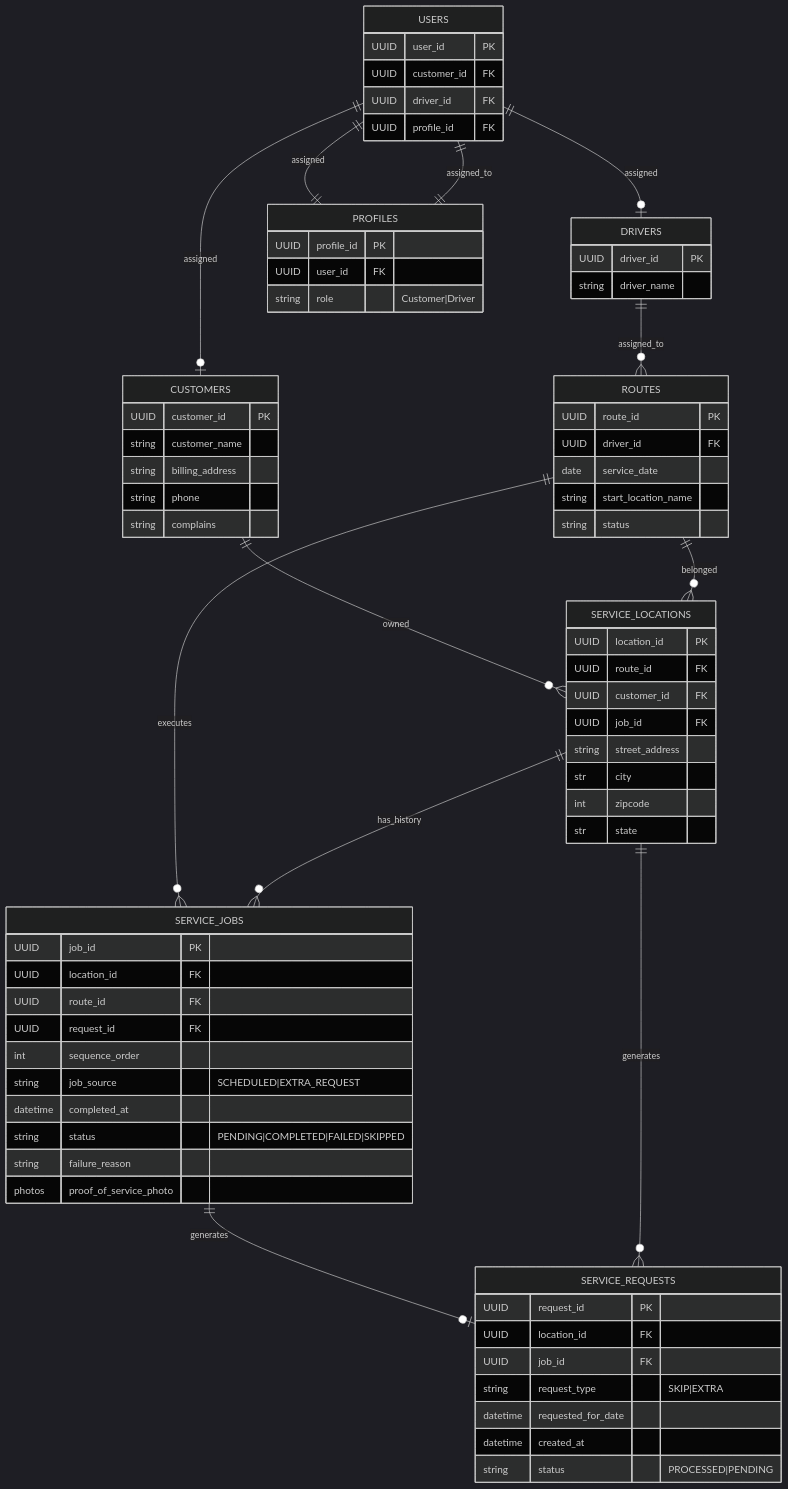
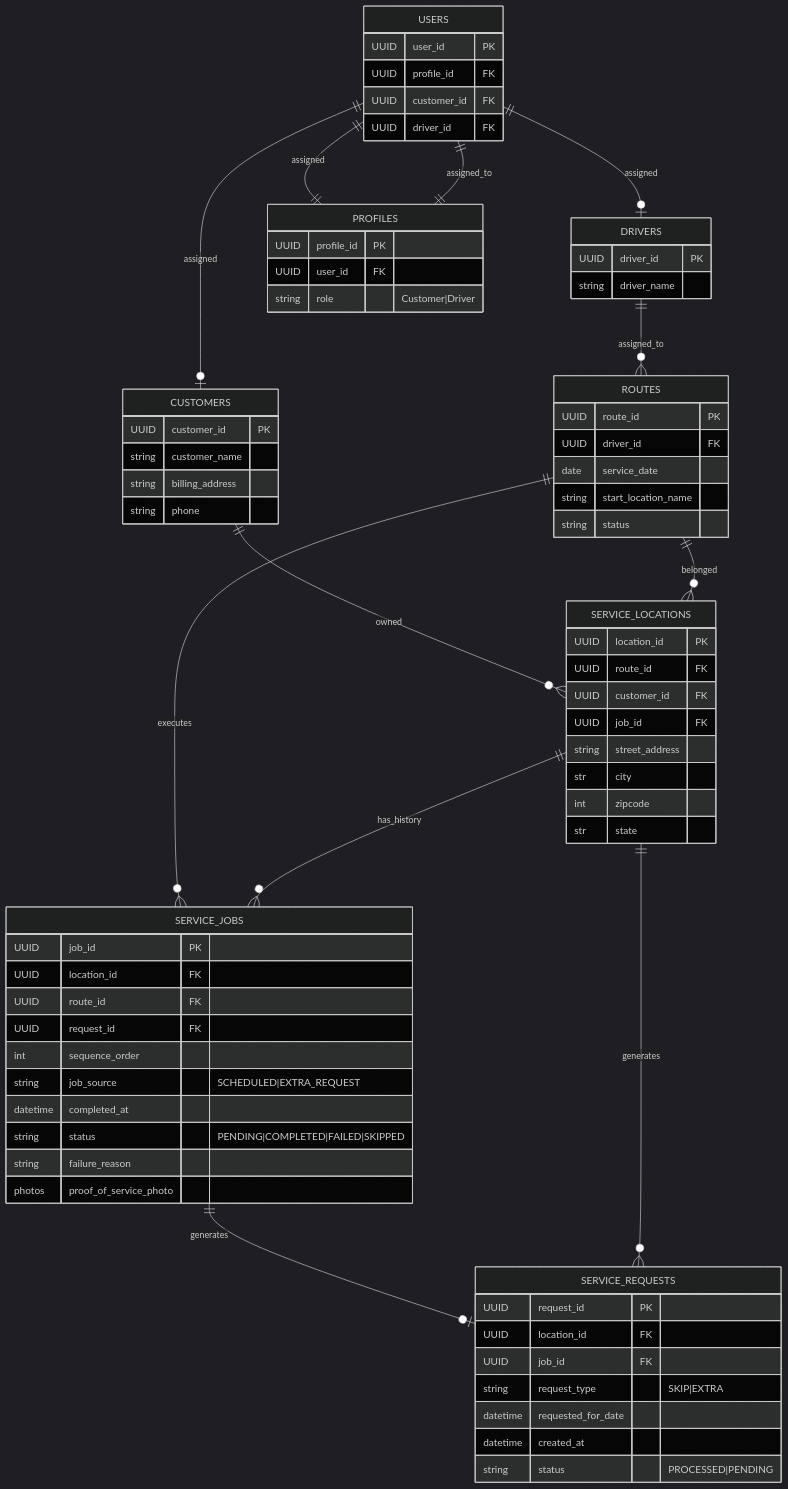
Before and after one commit to jwin-sudo/dsd-feb-26-cohort: the diagram in erd.md, drawn with Mermaid (dark theme). The commit also changed 1 other file, not shown here.

```diff
--- a/erd.md
+++ b/erd.md
@@ -5,7 +5,6 @@
         string customer_name
         string billing_address
         string phone
-        string complains
     }
 
     SERVICE_LOCATIONS {
@@ -64,9 +63,9 @@
 
     USERS {
         UUID user_id PK
+        UUID profile_id FK
         UUID customer_id FK
         UUID driver_id FK
-        UUID profile_id FK
     }
 
     %% Relationships
```
